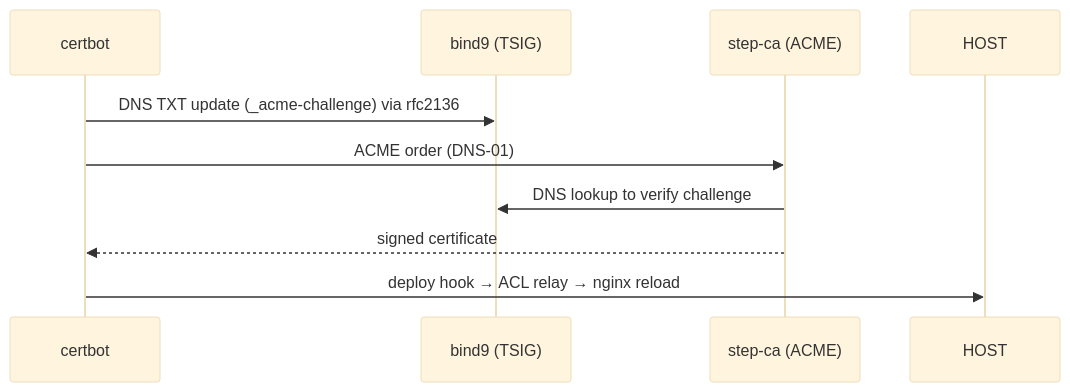
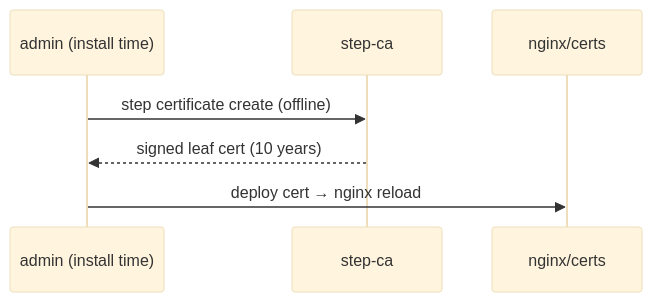
The third of 3 diagrams in README.md (archdukejim/core-template), drawn with Mermaid (base theme) before and after one commit. The commit also changed other lines of this file and 13 other files, not shown here.

First line of the commit message:
refactor: replace certbot with offline Step-CA service certs

````diff
--- a/README.md
+++ b/README.md
@@ -99,11 +95,9 @@
 ```mermaid
 sequenceDiagram
-    participant CB as certbot
-    participant B as bind9 (TSIG)
-    participant S as step-ca (ACME)
-    CB->>B: DNS TXT update (_acme-challenge) via rfc2136
-    CB->>S: ACME order (DNS-01)
-    S->>B: DNS lookup to verify challenge
-    S-->>CB: signed certificate
-    CB->>HOST: deploy hook → ACL relay → nginx reload
+    participant A as admin (install time)
+    participant S as step-ca
+    participant N as nginx/certs
+    A->>S: step certificate create (offline)
+    S-->>A: signed leaf cert (10 years)
+    A->>N: deploy cert → nginx reload
 ```
````
